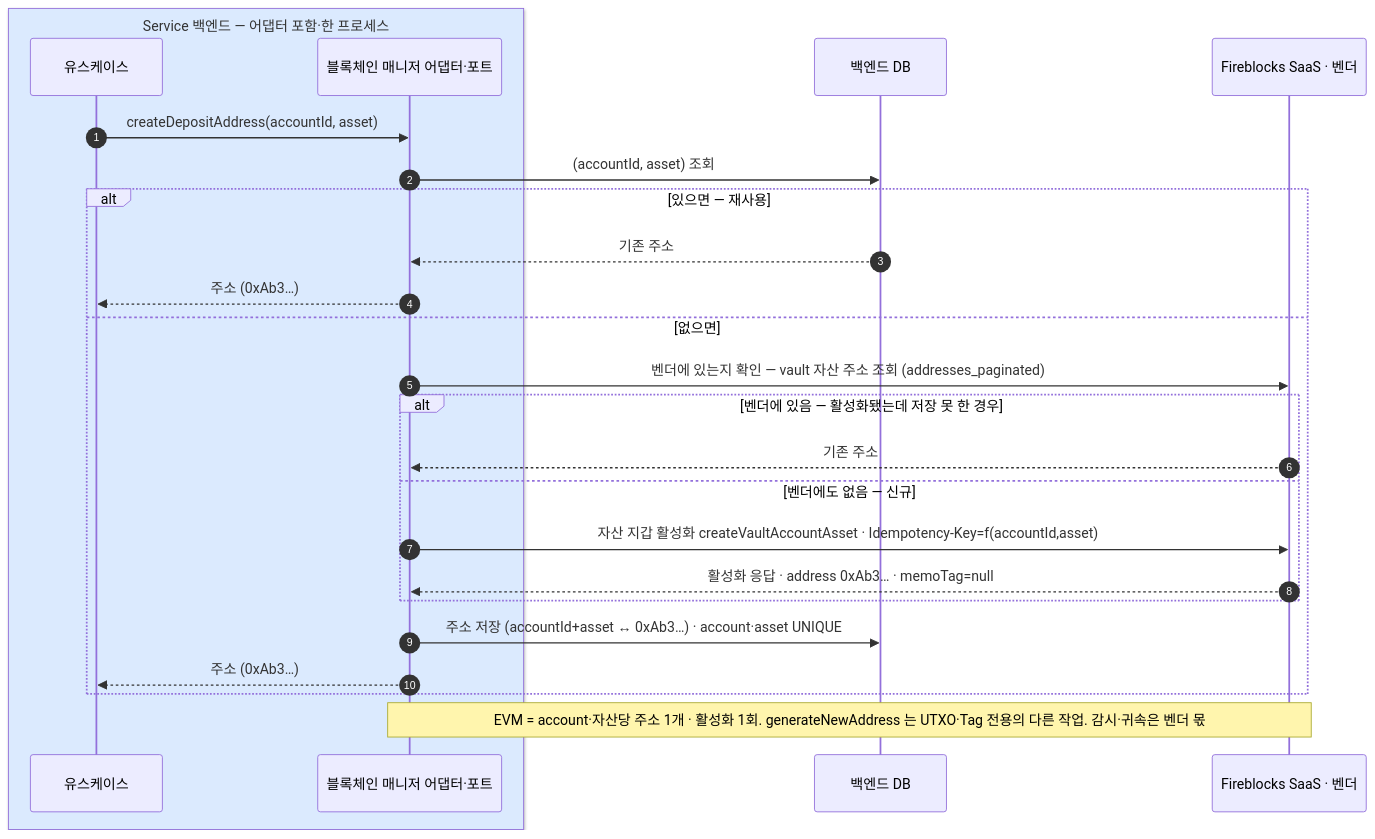
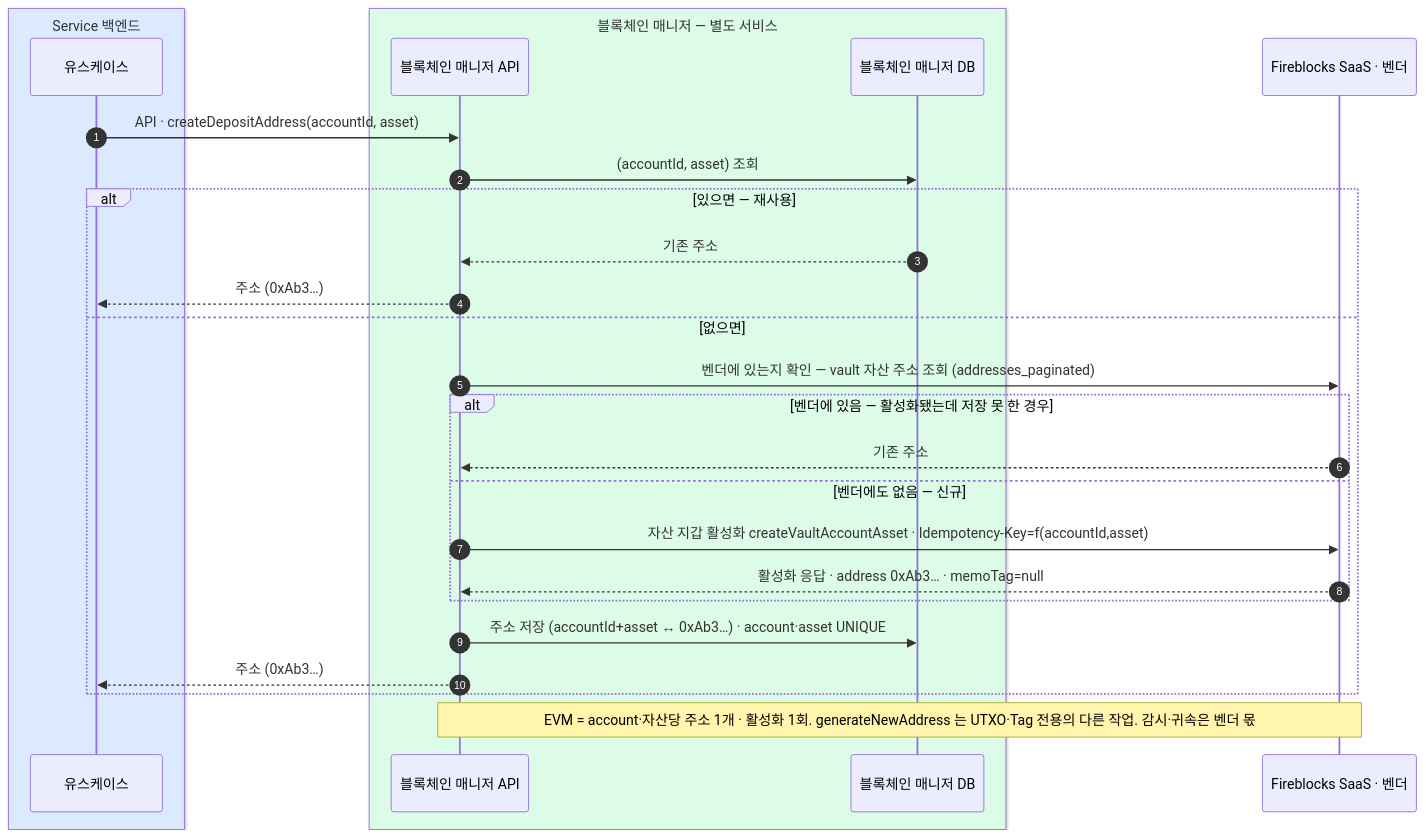
One commit to eunsujeo/eunpus changed the diagram in blockchain-manager/docs/설계/02-issue-deposit-address.md. Above: the diagram before and after it, drawn with Mermaid. The commit also changed other lines of this file and 10 other files, not shown here.

First line of the commit message:
칸반 문서: 아키텍처 경계 전면 전환 — 포트/어댑터 → 매니저 API + 웹소켓

````diff
--- a/blockchain-manager/docs/설계/02-issue-deposit-address.md
+++ b/blockchain-manager/docs/설계/02-issue-deposit-address.md
@@ -17,28 +17,30 @@
 ```mermaid
 sequenceDiagram
     autonumber
-    box rgb(219,234,254) Service 백엔드 — 어댑터 포함·한 프로세스
+    box rgb(219,234,254) Service 백엔드
     participant BE as 유스케이스
-    participant FBI as 블록체인 매니저 어댑터·포트
     end
-    participant BDB as 백엔드 DB
+    box rgb(220,252,231) 블록체인 매니저 — 별도 서비스
+    participant BM as 블록체인 매니저 API
+    participant MDB as 블록체인 매니저 DB
+    end
     participant FB as Fireblocks SaaS · 벤더
 
-    BE->>FBI: createDepositAddress(accountId, asset)
-    FBI->>BDB: (accountId, asset) 조회
+    BE->>BM: API · createDepositAddress(accountId, asset)
+    BM->>MDB: (accountId, asset) 조회
     alt 있으면 — 재사용
-        BDB-->>FBI: 기존 주소
-        FBI-->>BE: 주소 (0xAb3…)
+        MDB-->>BM: 기존 주소
+        BM-->>BE: 주소 (0xAb3…)
     else 없으면
-        FBI->>FB: 벤더에 있는지 확인 — vault 자산 주소 조회 (addresses_paginated)
+        BM->>FB: 벤더에 있는지 확인 — vault 자산 주소 조회 (addresses_paginated)
         alt 벤더에 있음 — 활성화됐는데 저장 못 한 경우
-            FB-->>FBI: 기존 주소
+            FB-->>BM: 기존 주소
         else 벤더에도 없음 — 신규
-            FBI->>FB: 자산 지갑 활성화 createVaultAccountAsset · Idempotency-Key=f(accountId,asset)
-            FB-->>FBI: 활성화 응답 · address 0xAb3… · memoTag=null
+            BM->>FB: 자산 지갑 활성화 createVaultAccountAsset · Idempotency-Key=f(accountId,asset)
+            FB-->>BM: 활성화 응답 · address 0xAb3… · memoTag=null
         end
-        FBI->>BDB: 주소 저장 (accountId+asset ↔ 0xAb3…) · account·asset UNIQUE
-        FBI-->>BE: 주소 (0xAb3…)
+        BM->>MDB: 주소 저장 (accountId+asset ↔ 0xAb3…) · account·asset UNIQUE
+        BM-->>BE: 주소 (0xAb3…)
     end
-    Note over FBI,FB: EVM = account·자산당 주소 1개 · 활성화 1회. generateNewAddress 는 UTXO·Tag 전용의 다른 작업. 감시·귀속은 벤더 몫
+    Note over BM,FB: EVM = account·자산당 주소 1개 · 활성화 1회. generateNewAddress 는 UTXO·Tag 전용의 다른 작업. 감시·귀속은 벤더 몫
 ```
````
